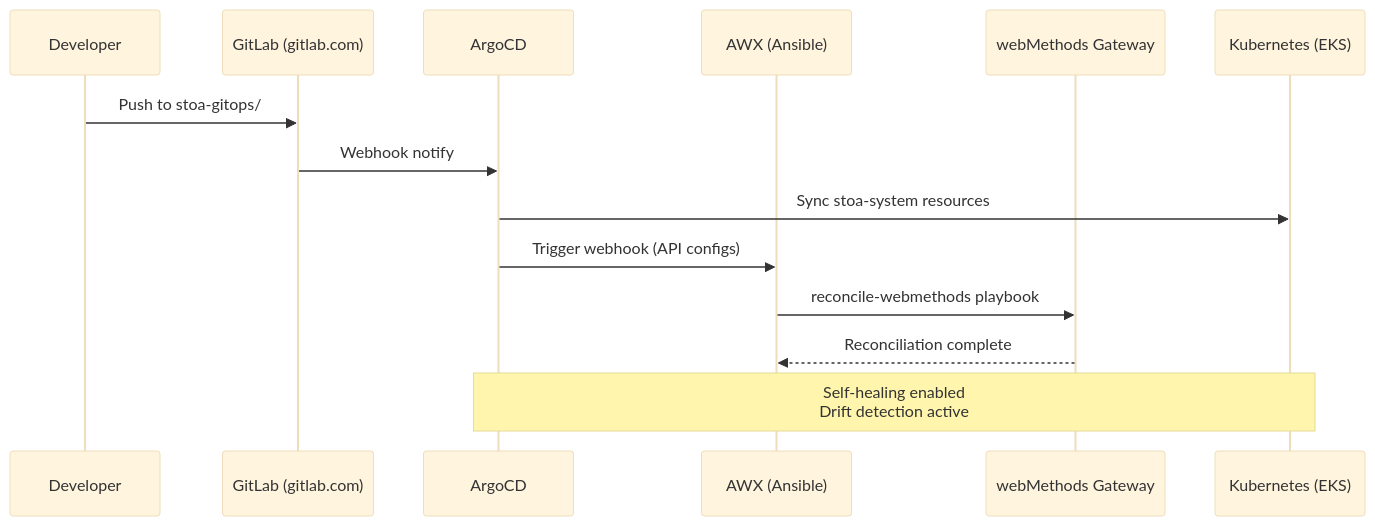
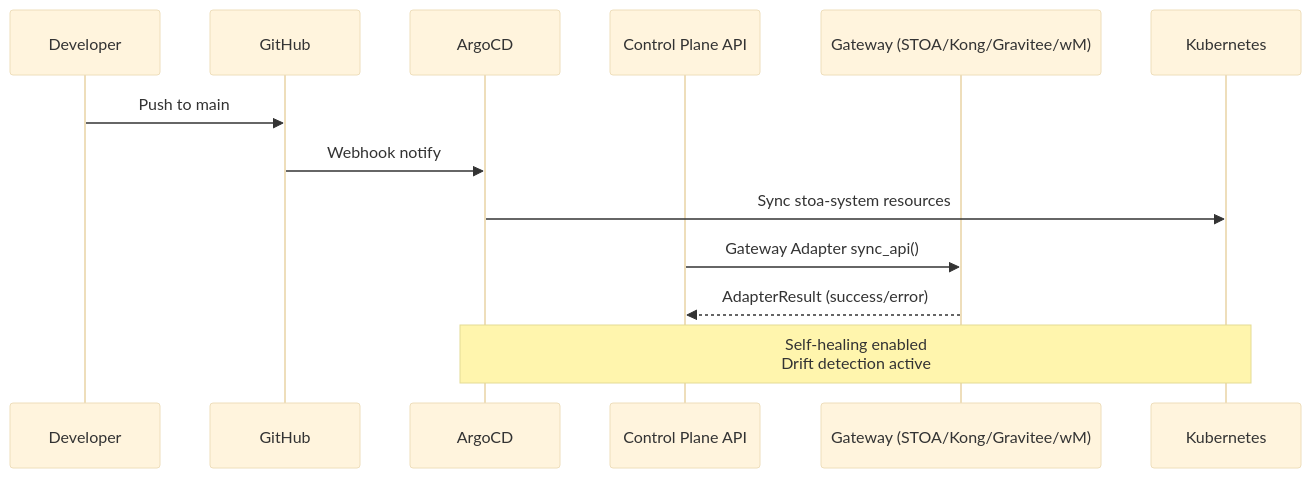
Before and after one commit to stoa-platform/stoa-docs: the second of 4 diagrams in docs/architecture/architecture-overview.md, drawn with Mermaid (base theme). The commit also changed other lines of this file and 6 other files, not shown here.

First line of the commit message:
docs: remove AWX references, update gateway adapter documentation (CAB-1138)

````diff
--- a/docs/architecture/architecture-overview.md
+++ b/docs/architecture/architecture-overview.md
@@ -129,17 +129,16 @@
 ```mermaid
 sequenceDiagram
     participant Dev as Developer
-    participant GL as GitLab (gitlab.com)
+    participant GH as GitHub
     participant Argo as ArgoCD
-    participant AWX as AWX (Ansible)
-    participant wM as webMethods Gateway
-    participant K8s as Kubernetes (EKS)
+    participant CP as Control Plane API
+    participant GW as Gateway (STOA/Kong/Gravitee/wM)
+    participant K8s as Kubernetes
 
-    Dev->>GL: Push to stoa-gitops/
-    GL->>Argo: Webhook notify
+    Dev->>GH: Push to main
+    GH->>Argo: Webhook notify
     Argo->>K8s: Sync stoa-system resources
-    Argo->>AWX: Trigger webhook (API configs)
-    AWX->>wM: reconcile-webmethods playbook
-    wM-->>AWX: Reconciliation complete
+    CP->>GW: Gateway Adapter sync_api()
+    GW-->>CP: AdapterResult (success/error)
     Note over Argo,K8s: Self-healing enabled<br/>Drift detection active
 ```
````
